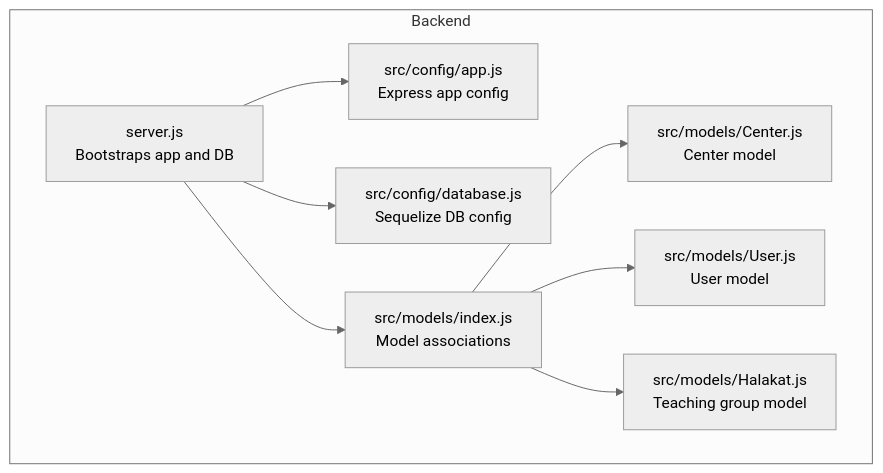
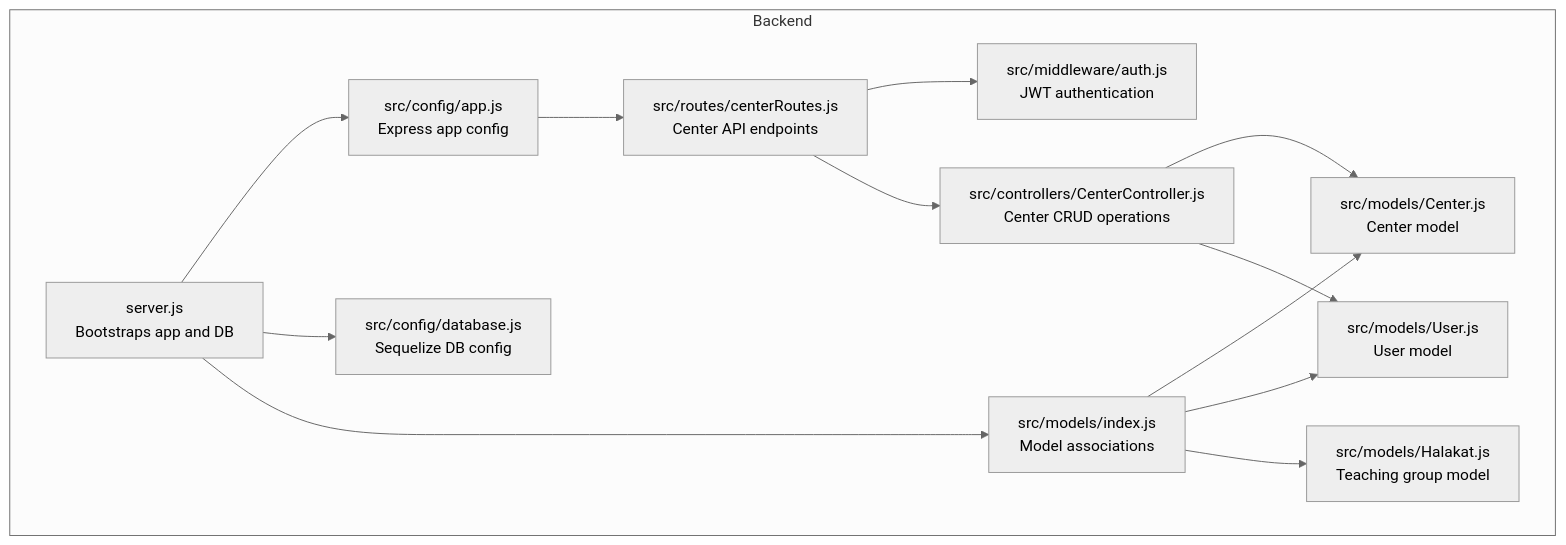
Before and after one commit to Mreng78/khirocom_project: the first of 7 diagrams in .qoder/repowiki/en/content/Feature Modules/Center Administration.md, drawn with Mermaid (neutral theme). The commit also changed other lines of this file and 13 other files, not shown here.

````diff
--- a/.qoder/repowiki/en/content/Feature Modules/Center Administration.md
+++ b/.qoder/repowiki/en/content/Feature Modules/Center Administration.md
@@ -35,18 +49,26 @@
 ```mermaid
 graph TB
 subgraph "Backend"
 A["server.js<br/>Bootstraps app and DB"]
 B["src/config/app.js<br/>Express app config"]
 C["src/config/database.js<br/>Sequelize DB config"]
 D["src/models/index.js<br/>Model associations"]
 E["src/models/Center.js<br/>Center model"]
 F["src/models/User.js<br/>User model"]
-G["src/models/Halakat.js<br/>Teaching group model"]
+G["src/controllers/CenterController.js<br/>Center CRUD operations"]
+H["src/routes/centerRoutes.js<br/>Center API endpoints"]
+I["src/middleware/auth.js<br/>JWT authentication"]
+J["src/models/Halakat.js<br/>Teaching group model"]
 end
 A --> B
 A --> C
 A --> D
 D --> E
 D --> F
-D --> G
+D --> J
+B --> H
+H --> I
+H --> G
+G --> E
+G --> F
 ```
````
